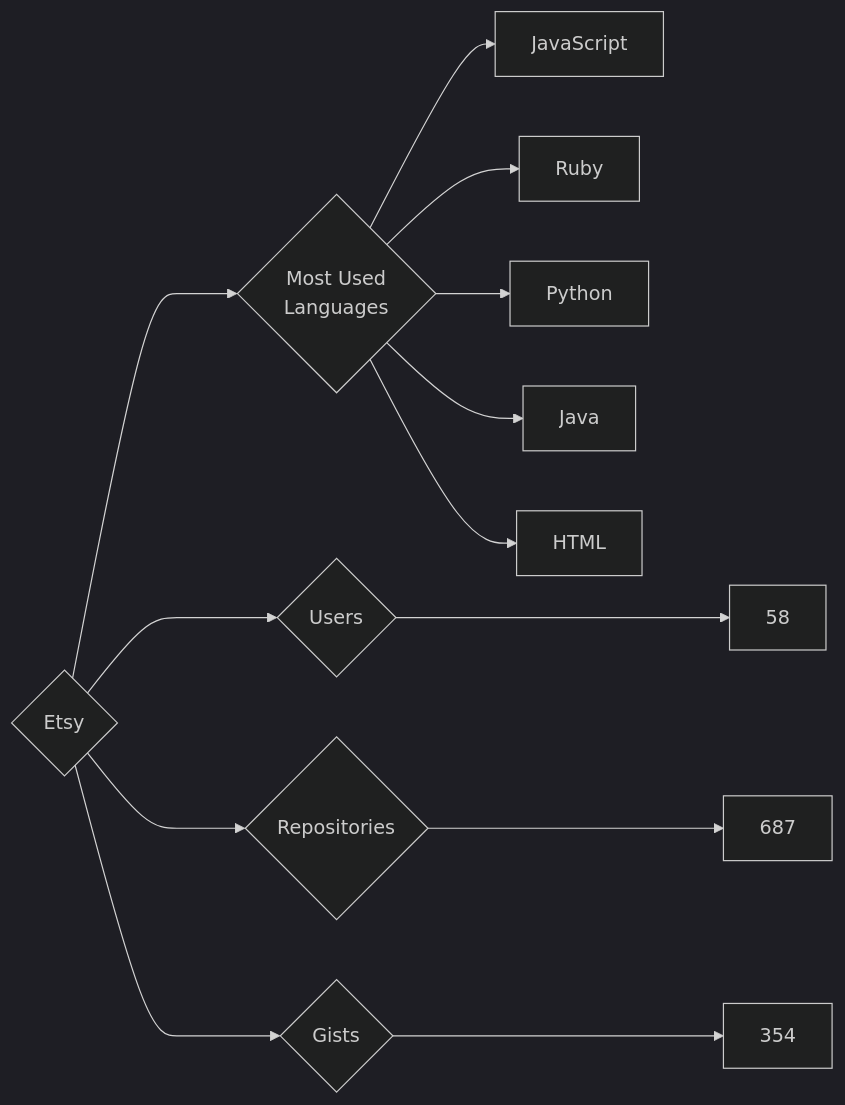
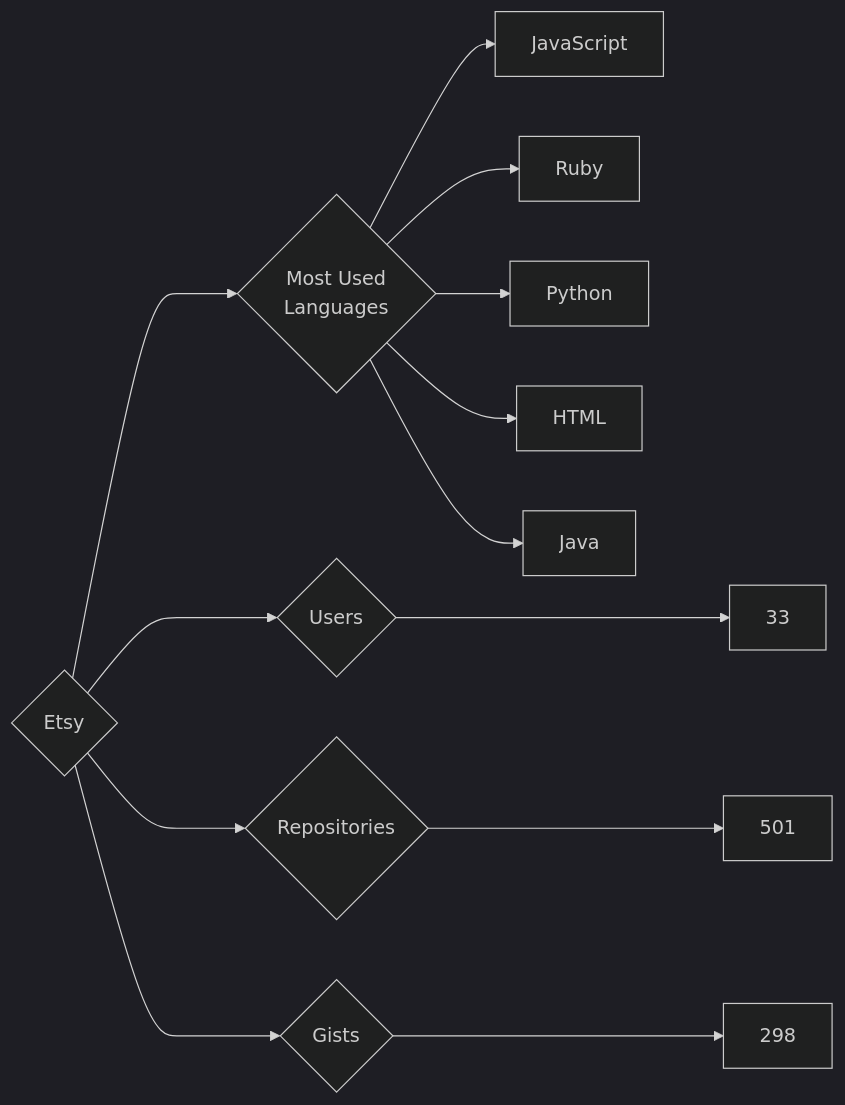
The diagram in targets/Etsy/README.md (trickest/insiders), drawn with Mermaid (dark theme) before and after one commit. The commit also changed 657 other files, not shown here.

````diff
--- a/targets/Etsy/README.md
+++ b/targets/Etsy/README.md
@@ -3,13 +3,13 @@
 ```mermaid
 graph LR
 COMPANY_NAME{Etsy}
-COMPANY_NAME ---> U{Users} ---> UN[58]
-COMPANY_NAME ---> R{Repositories} ---> RN[687]
-COMPANY_NAME ---> G{Gists} ---> GN[354]
+COMPANY_NAME ---> U{Users} ---> UN[33]
+COMPANY_NAME ---> R{Repositories} ---> RN[501]
+COMPANY_NAME ---> G{Gists} ---> GN[298]
 COMPANY_NAME ---> ML{Most Used<br>Languages}
 ML --> JavaScript[JavaScript]
 ML --> Ruby[Ruby]
 ML --> Python[Python]
+ML --> HTML[HTML]
 ML --> Java[Java]
-ML --> HTML[HTML]
 ```
````
